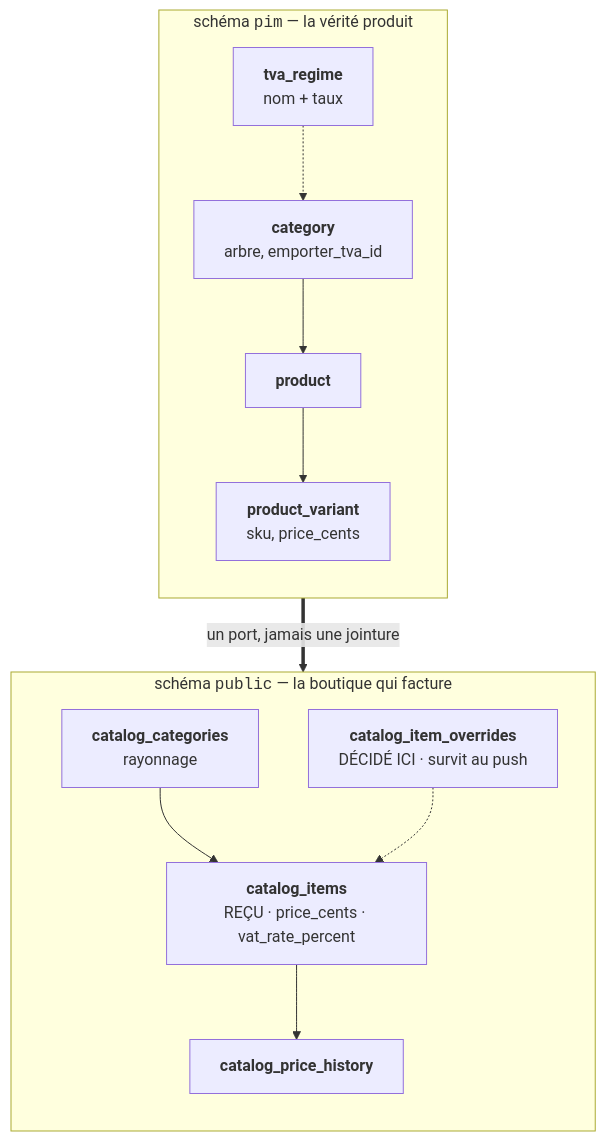
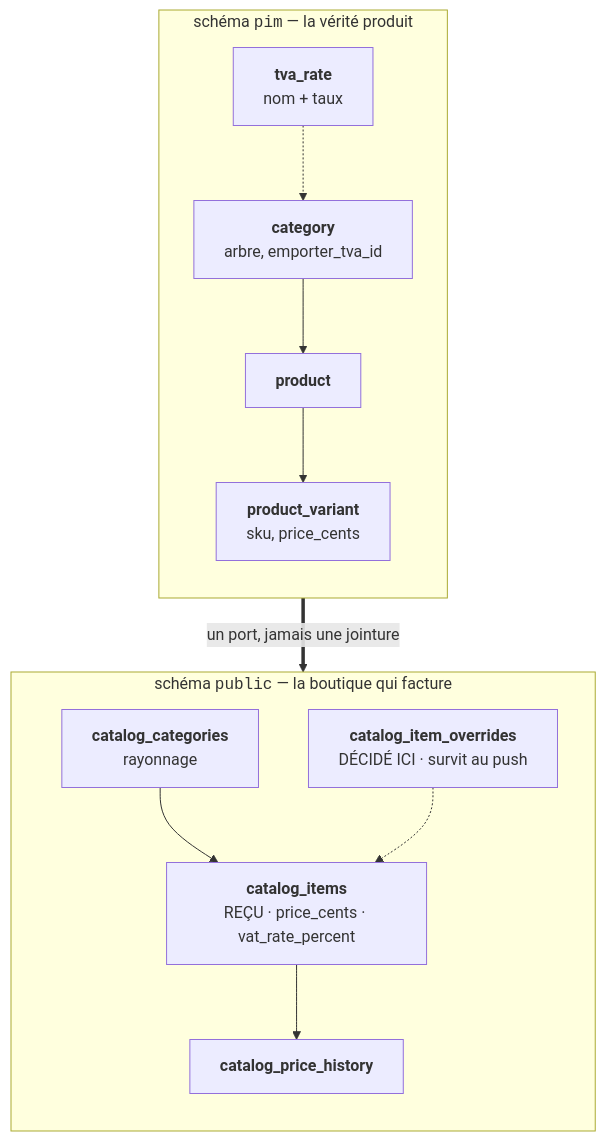
Before and after one commit to hugoheynard/lfd: the first of 5 diagrams in documentation/b2b/push-catalogue-pim-vers-boutique.md, drawn with Mermaid. The commit also changed other lines of this file and 101 other files, not shown here.

First line of the commit message:
refactor: « régime » de TVA devient « taux », de l'écran jusqu'à la table

````diff
--- a/documentation/b2b/push-catalogue-pim-vers-boutique.md
+++ b/documentation/b2b/push-catalogue-pim-vers-boutique.md
@@ -27,25 +27,25 @@
 ```mermaid
 flowchart TB
     subgraph pim["schéma <code>pim</code> — la vérité produit"]
         direction TB
         PC["<b>category</b><br/>arbre, emporter_tva_id"]
-        PT["<b>tva_regime</b><br/>nom + taux"]
+        PT["<b>tva_rate</b><br/>nom + taux"]
         PP["<b>product</b>"]
         PV["<b>product_variant</b><br/>sku, price_cents"]
         PC --> PP --> PV
         PT -.-> PC
     end
 
     subgraph pub["schéma <code>public</code> — la boutique qui facture"]
         direction TB
         CC["<b>catalog_categories</b><br/>rayonnage"]
         CI["<b>catalog_items</b><br/>REÇU · price_cents · vat_rate_percent"]
         CO["<b>catalog_item_overrides</b><br/>DÉCIDÉ ICI · survit au push"]
         CH["<b>catalog_price_history</b>"]
         CC --> CI
         CO -.-> CI
         CI --> CH
     end
 
     pim ==>|"un port, jamais une jointure"| pub
 ```
````
